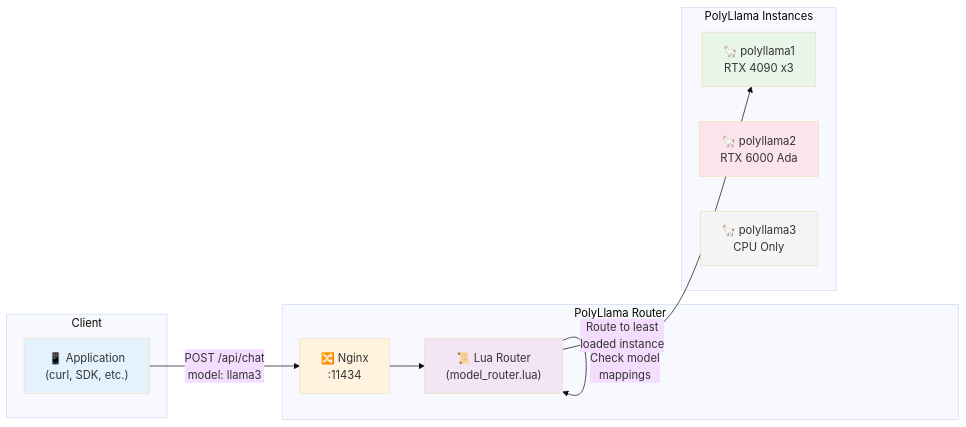
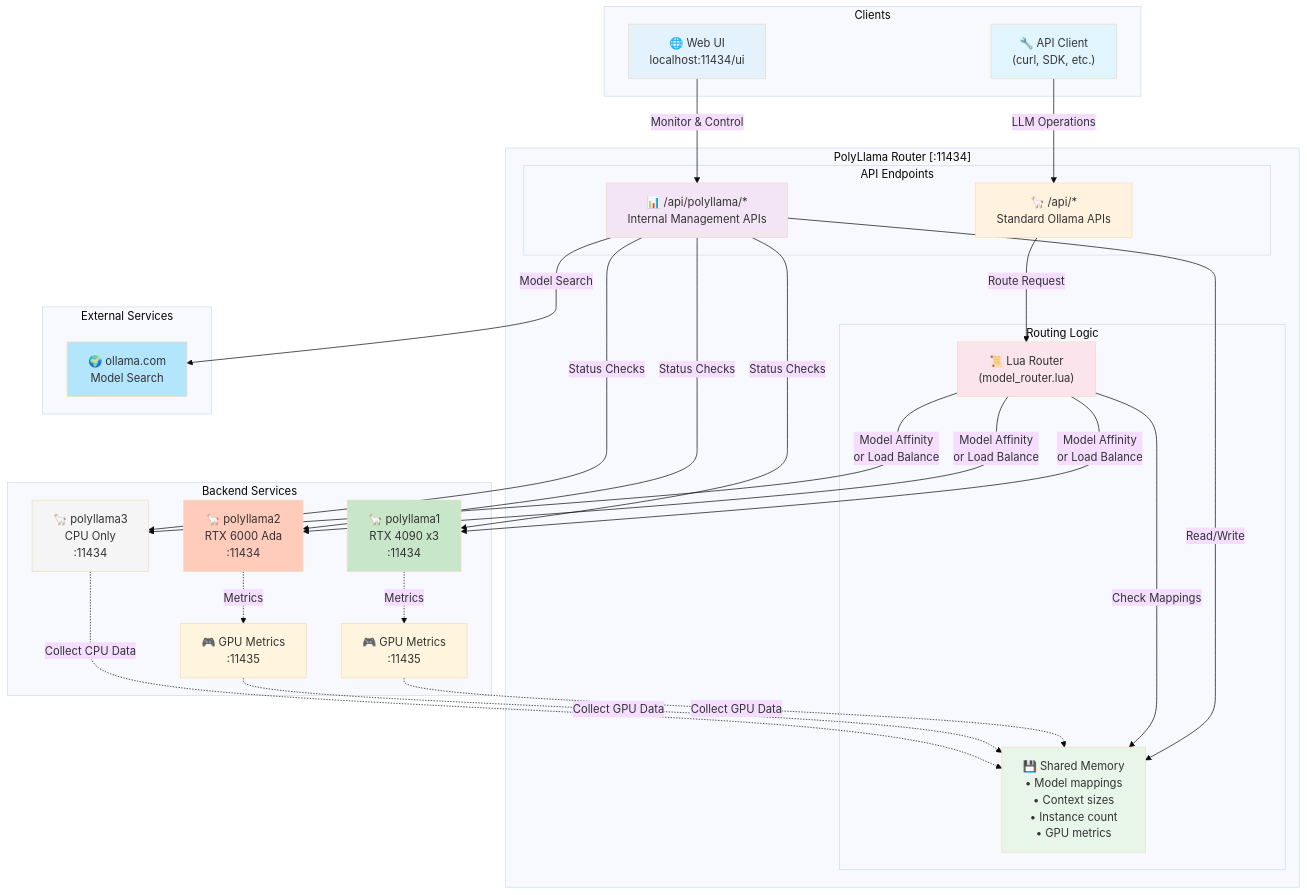
The fourth of 6 diagrams in README.md (mode3cloud/PolyLlama), drawn with Mermaid (base theme) before and after one commit. The commit also changed other lines of this file and 29 other files, not shown here.

````diff
--- a/README.md
+++ b/README.md
@@ -122,29 +147,70 @@
 ```mermaid
-graph LR
-    subgraph "Client"
-        App["📱 Application<br/>(curl, SDK, etc.)"]
+graph TB
+    subgraph "Clients"
+        Browser["🌐 Web UI<br/>localhost:11434/ui"]
+        API["🔧 API Client<br/>(curl, SDK, etc.)"]
     end
     
-    subgraph "PolyLlama Router"
-        Nginx["🔀 Nginx<br/>:11434"]
-        Lua["📜 Lua Router<br/>(model_router.lua)"]
+    subgraph "PolyLlama Router [:11434]"
+        subgraph "API Endpoints"
+            Internal["📊 /api/polyllama/*<br/>Internal Management APIs"]
+            Ollama["🦙 /api/*<br/>Standard Ollama APIs"]
+        end
+        
+        subgraph "Routing Logic"
+            Lua["📜 Lua Router<br/>(model_router.lua)"]
+            Memory["💾 Shared Memory<br/>• Model mappings<br/>• Context sizes<br/>• Instance count<br/>• GPU metrics"]
+        end
     end
     
-    subgraph "PolyLlama Instances"
-        P1["🦙 polyllama1<br/>RTX 4090 x3"]
-        P2["🦙 polyllama2<br/>RTX 6000 Ada"]
-        P3["🦙 polyllama3<br/>CPU Only"]
+    subgraph "Backend Services"
+        P1["🦙 polyllama1<br/>RTX 4090 x3<br/>:11434"]
+        P2["🦙 polyllama2<br/>RTX 6000 Ada<br/>:11434"]
+        P3["🦙 polyllama3<br/>CPU Only<br/>:11434"]
+        
+        GPU1["🎮 GPU Metrics<br/>:11435"]
+        GPU2["🎮 GPU Metrics<br/>:11435"]
     end
     
-    App -->|"POST /api/chat<br/>model: llama3"| Nginx
-    Nginx --> Lua
-    Lua -->|"Check model<br/>mappings"| Lua
-    Lua -->|"Route to least<br/>loaded instance"| P1
+    subgraph "External Services"
+        OllamaHub["🌍 ollama.com<br/>Model Search"]
+    end
     
-    style App fill:#e3f2fd
-    style Nginx fill:#fff3e0
-    style Lua fill:#f3e5f5
-    style P1 fill:#e8f5e9
-    style P2 fill:#fce4ec
+    %% Client connections
+    Browser -->|"Monitor & Control"| Internal
+    API -->|"LLM Operations"| Ollama
+    
+    %% Internal API flows
+    Internal -->|"Read/Write"| Memory
+    Internal -->|"Status Checks"| P1
+    Internal -->|"Status Checks"| P2
+    Internal -->|"Status Checks"| P3
+    Internal -->|"Model Search"| OllamaHub
+    
+    %% Ollama API flows
+    Ollama -->|"Route Request"| Lua
+    Lua -->|"Check Mappings"| Memory
+    Lua -->|"Model Affinity<br/>or Load Balance"| P1
+    Lua -->|"Model Affinity<br/>or Load Balance"| P2
+    Lua -->|"Model Affinity<br/>or Load Balance"| P3
+    
+    %% Metrics collection
+    GPU1 -.->|"Collect GPU Data"| Memory
+    GPU2 -.->|"Collect GPU Data"| Memory
+    P3 -.->|"Collect CPU Data"| Memory
+    
+    %% Instance associations
+    P1 -.->|"Metrics"| GPU1
+    P2 -.->|"Metrics"| GPU2
+    
+    style Browser fill:#e3f2fd
+    style API fill:#e1f5fe
+    style Internal fill:#f3e5f5
+    style Ollama fill:#fff3e0
+    style Lua fill:#fce4ec
+    style Memory fill:#e8f5e9
+    style P1 fill:#c8e6c9
+    style P2 fill:#ffccbc
     style P3 fill:#f5f5f5
+    style OllamaHub fill:#b3e5fc
 ```
````
